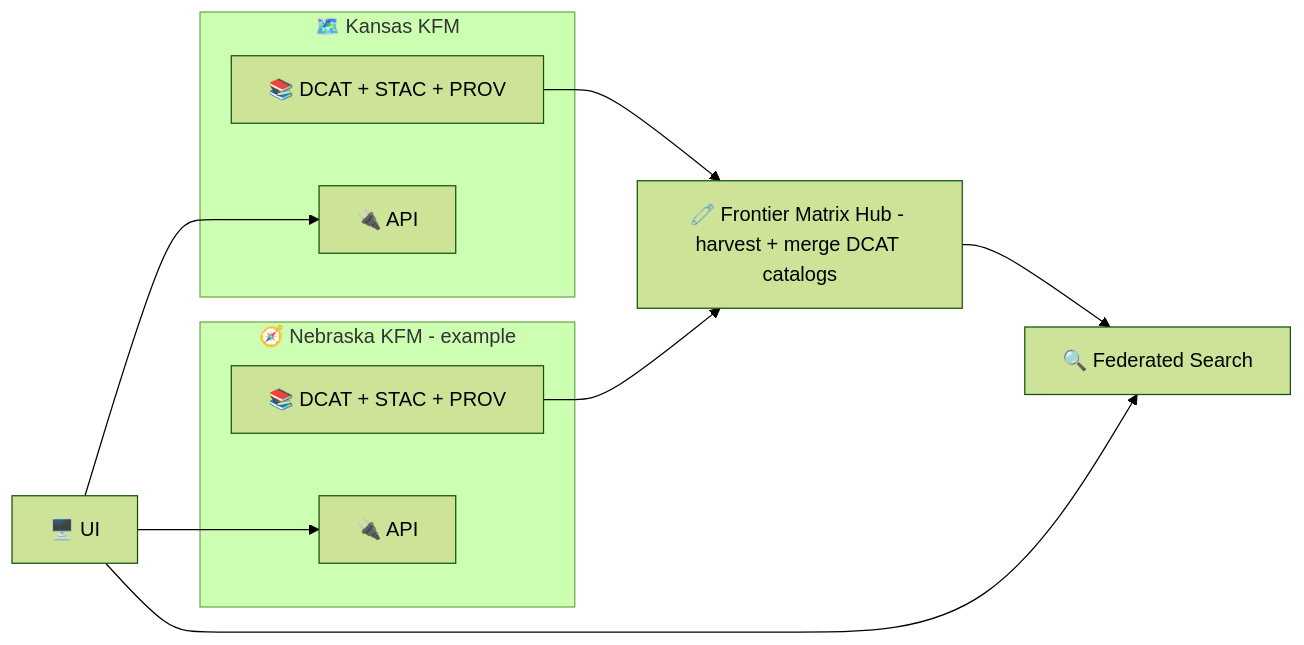
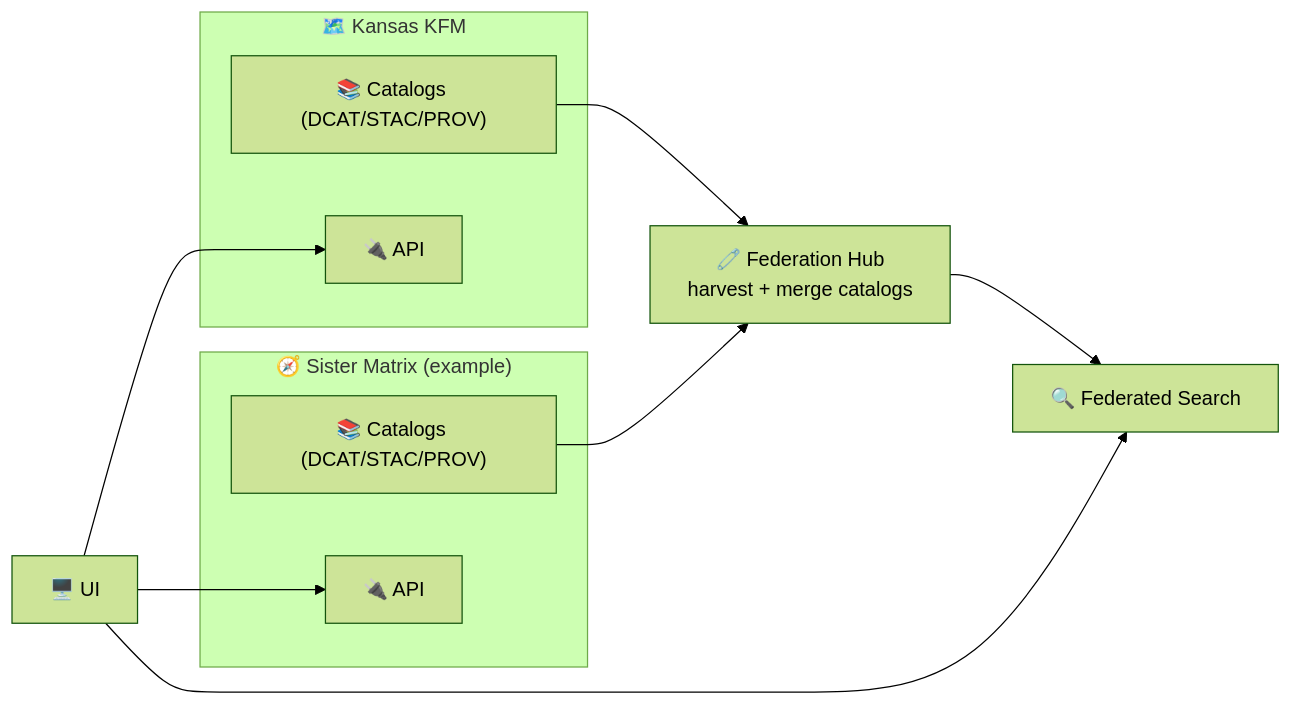
Before and after one commit to bartytime4life/Kansas-Frontier-Matrix: the tenth of 13 diagrams in docs/architecture/diagrams/README.md, drawn with Mermaid (forest theme). The commit also changed other lines of this file, not shown here.

````diff
--- a/docs/architecture/diagrams/README.md
+++ b/docs/architecture/diagrams/README.md
@@ -438,21 +588,21 @@
 ```mermaid
 flowchart LR
   subgraph KS["🗺️ Kansas KFM"]
-    KS_CAT["📚 DCAT + STAC + PROV"];
-    KS_API["🔌 API"];
+    KS_CAT["📚 Catalogs (DCAT/STAC/PROV)"]
+    KS_API["🔌 API"]
   end
 
-  subgraph NE["🧭 Nebraska KFM - example"]
-    NE_CAT["📚 DCAT + STAC + PROV"];
-    NE_API["🔌 API"];
+  subgraph NE["🧭 Sister Matrix (example)"]
+    NE_CAT["📚 Catalogs (DCAT/STAC/PROV)"]
+    NE_API["🔌 API"]
   end
 
-  HUB["🧷 Frontier Matrix Hub - harvest + merge DCAT catalogs"] --> SEARCH["🔍 Federated Search"];
+  HUB["🧷 Federation Hub<br/>harvest + merge catalogs"] --> SEARCH["🔍 Federated Search"]
 
-  KS_CAT --> HUB;
-  NE_CAT --> HUB;
+  KS_CAT --> HUB
+  NE_CAT --> HUB
 
-  UI["🖥️ UI"] --> SEARCH;
-  UI --> KS_API;
-  UI --> NE_API;
+  UI["🖥️ UI"] --> SEARCH
+  UI --> KS_API
+  UI --> NE_API
 ```
````
